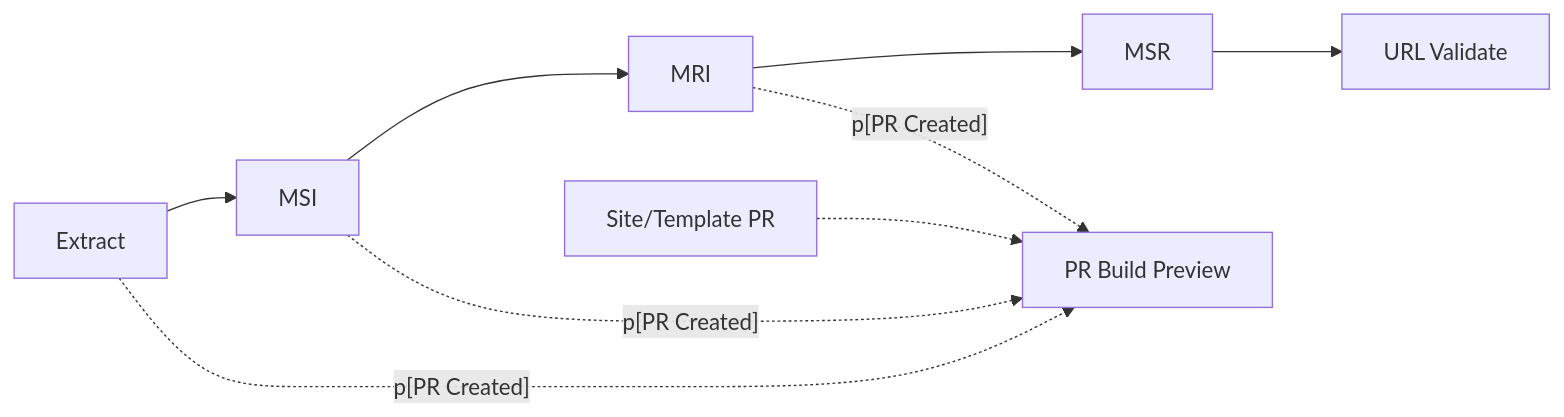
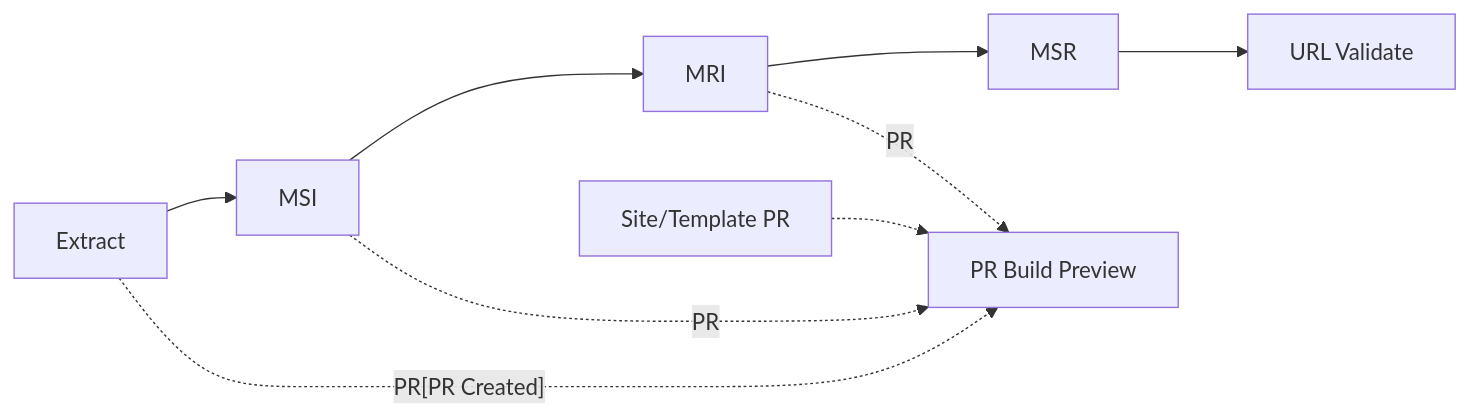
Before and after one commit to SteveLLamb/mediastandards-registry: the diagram in README.md, drawn with Mermaid.

````diff
--- a/README.md
+++ b/README.md
@@ -61,13 +61,13 @@
 ```mermaid
 graph LR
   A[Extract] --> B[MSI]
   B --> C[MRI]
   C --> D[MSR]
   D --> E[URL Validate]
 
   %% PR preview paths (dotted lines indicate PR-triggered previews)
-  A -. p[PR Created] .-> P[PR Build Preview]
-  B -. p[PR Created] .-> P
-  C -. p[PR Created] .-> P
+  A -. PR[PR Created] .-> P[PR Build Preview]
+  B -. PR .-> P
+  C -. PR .-> P
   S[Site/Template PR] -.-> P
 ```
````
